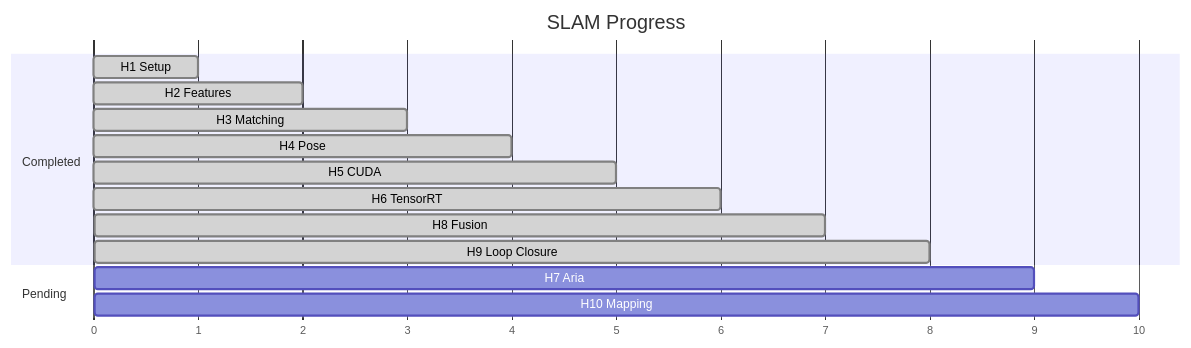
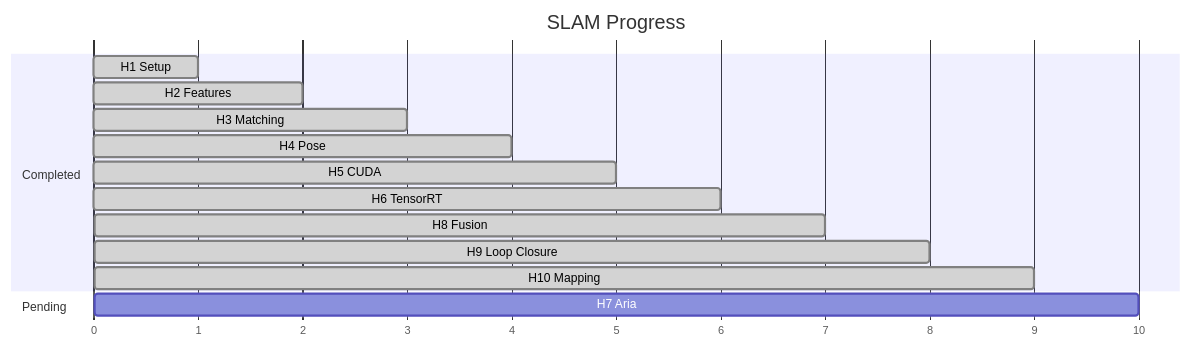
One commit to robertteleng/aria-slam changed the tenth of 10 diagrams in README.md. Above: the diagram before and after it, drawn with Mermaid. The commit also changed other lines of this file and 3 other files, not shown here.

````diff
--- a/README.md
+++ b/README.md
@@ -398,21 +398,22 @@
 ```mermaid
 gantt
     title SLAM Progress
     dateFormat X
     axisFormat %s
 
     section Completed
     H1 Setup           :done, h1, 0, 1
     H2 Features        :done, h2, 1, 2
     H3 Matching        :done, h3, 2, 3
     H4 Pose            :done, h4, 3, 4
     H5 CUDA            :done, h5, 4, 5
     H6 TensorRT        :done, h6, 5, 6
     H8 Fusion          :done, h8, 6, 7
 
     H9 Loop Closure    :done, h9, 7, 8
 
+    H10 Mapping        :done, h10, 8, 9
+
     section Pending
-    H7 Aria            :h7, 8, 9
-    H10 Mapping        :h10, 9, 10
+    H7 Aria            :h7, 9, 10
 ```
````
